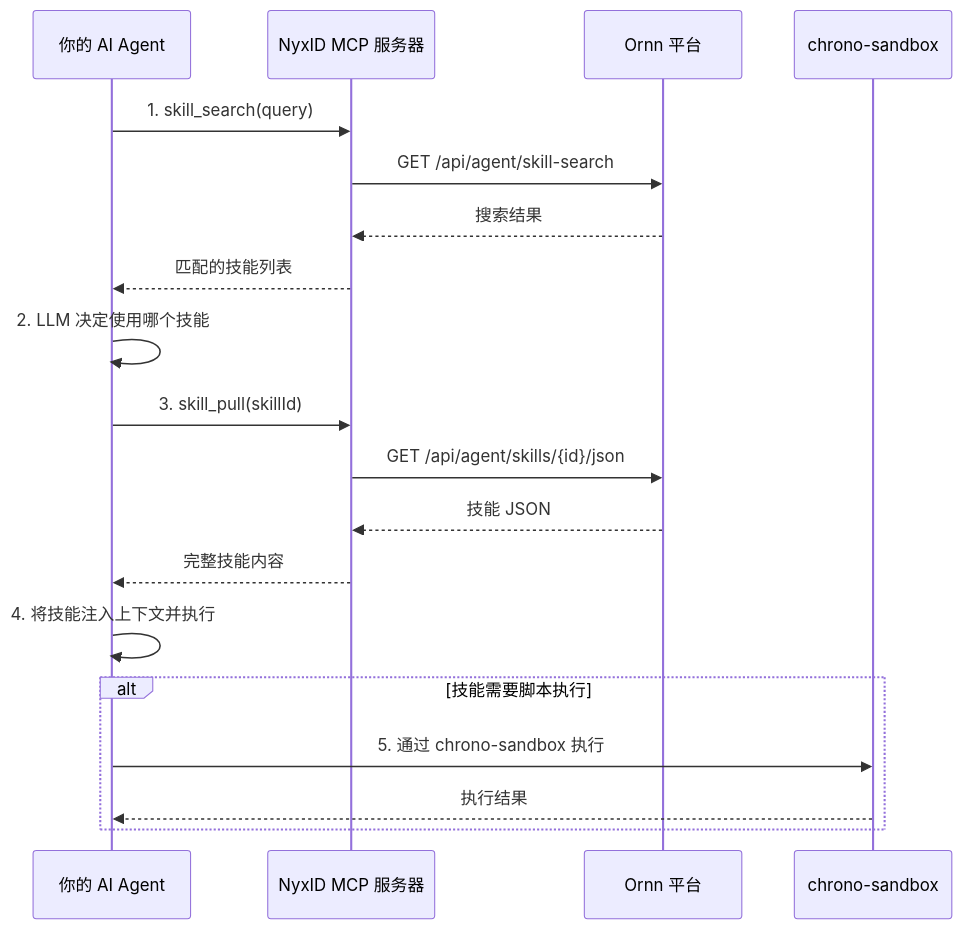
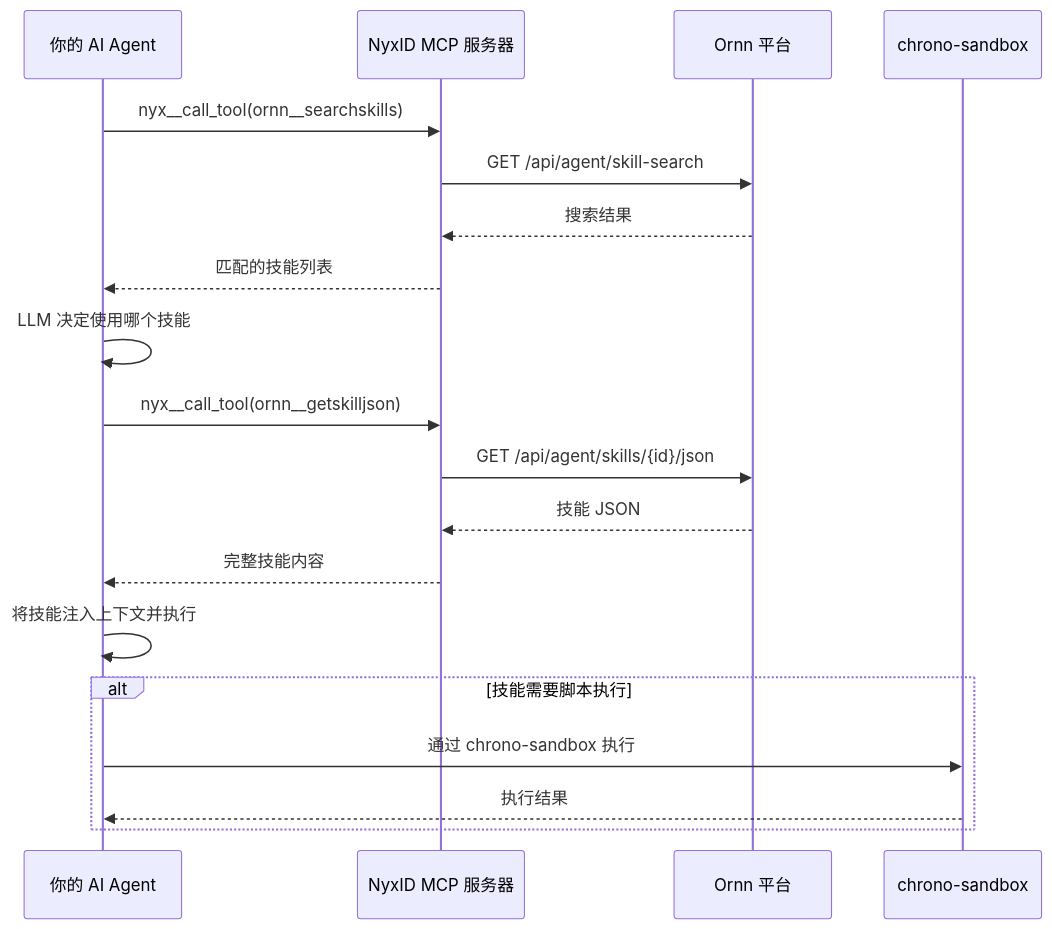
One commit to aevatarAI/chrono-ornn changed the diagram in ornn-skill/docs/site/zh/qs-agent-dev.md. Above: the diagram before and after it, drawn with Mermaid. The commit also changed other lines of this file and 14 other files, not shown here.

First line of the commit message:
feat: add ornn core skills, multi-platform agent support, and v0.1.3 release

````diff
--- a/ornn-skill/docs/site/zh/qs-agent-dev.md
+++ b/ornn-skill/docs/site/zh/qs-agent-dev.md
@@ -11,26 +199,26 @@
 ```mermaid
 sequenceDiagram
     participant Agent as 你的 AI Agent
     participant MCP as NyxID MCP 服务器
     participant Ornn as Ornn 平台
     participant Sandbox as chrono-sandbox
 
-    Agent->>MCP: 1. skill_search(query)
+    Agent->>MCP: nyx__call_tool(ornn__searchskills)
     MCP->>Ornn: GET /api/agent/skill-search
     Ornn-->>MCP: 搜索结果
     MCP-->>Agent: 匹配的技能列表
 
-    Agent->>Agent: 2. LLM 决定使用哪个技能
+    Agent->>Agent: LLM 决定使用哪个技能
 
-    Agent->>MCP: 3. skill_pull(skillId)
+    Agent->>MCP: nyx__call_tool(ornn__getskilljson)
     MCP->>Ornn: GET /api/agent/skills/{id}/json
     Ornn-->>MCP: 技能 JSON
     MCP-->>Agent: 完整技能内容
 
-    Agent->>Agent: 4. 将技能注入上下文并执行
+    Agent->>Agent: 将技能注入上下文并执行
 
     alt 技能需要脚本执行
-        Agent->>Sandbox: 5. 通过 chrono-sandbox 执行
+        Agent->>Sandbox: 通过 chrono-sandbox 执行
         Sandbox-->>Agent: 执行结果
     end
 ```
````
